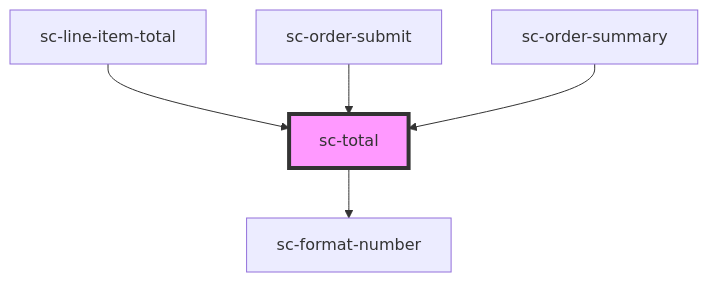
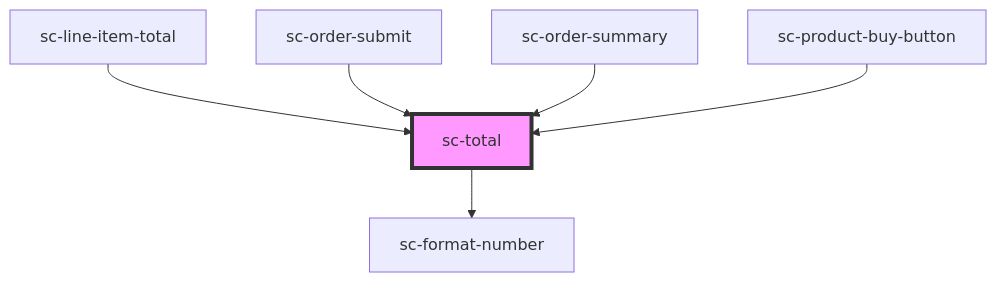
Before and after one commit to surecart/surecart-wp-plugin: the diagram in packages/components/src/components/controllers/checkout-form/total/readme.md, drawn with Mermaid. The commit also changed other lines of this file and 53 other files, not shown here.

````diff
--- a/packages/components/src/components/controllers/checkout-form/total/readme.md
+++ b/packages/components/src/components/controllers/checkout-form/total/readme.md
@@ -29,8 +30,9 @@
 ```mermaid
 graph TD;
   sc-total --> sc-format-number
   sc-line-item-total --> sc-total
   sc-order-submit --> sc-total
   sc-order-summary --> sc-total
+  sc-product-buy-button --> sc-total
   style sc-total fill:#f9f,stroke:#333,stroke-width:4px
 ```
````
